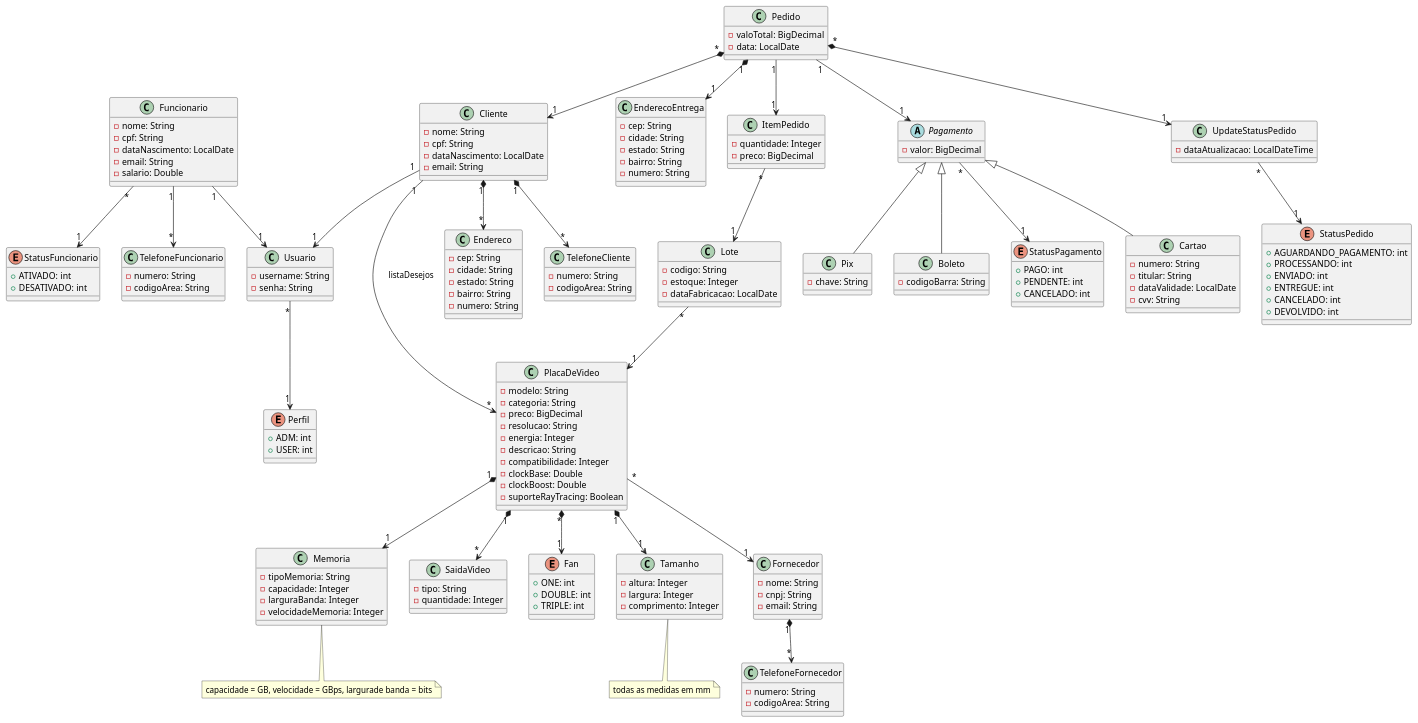
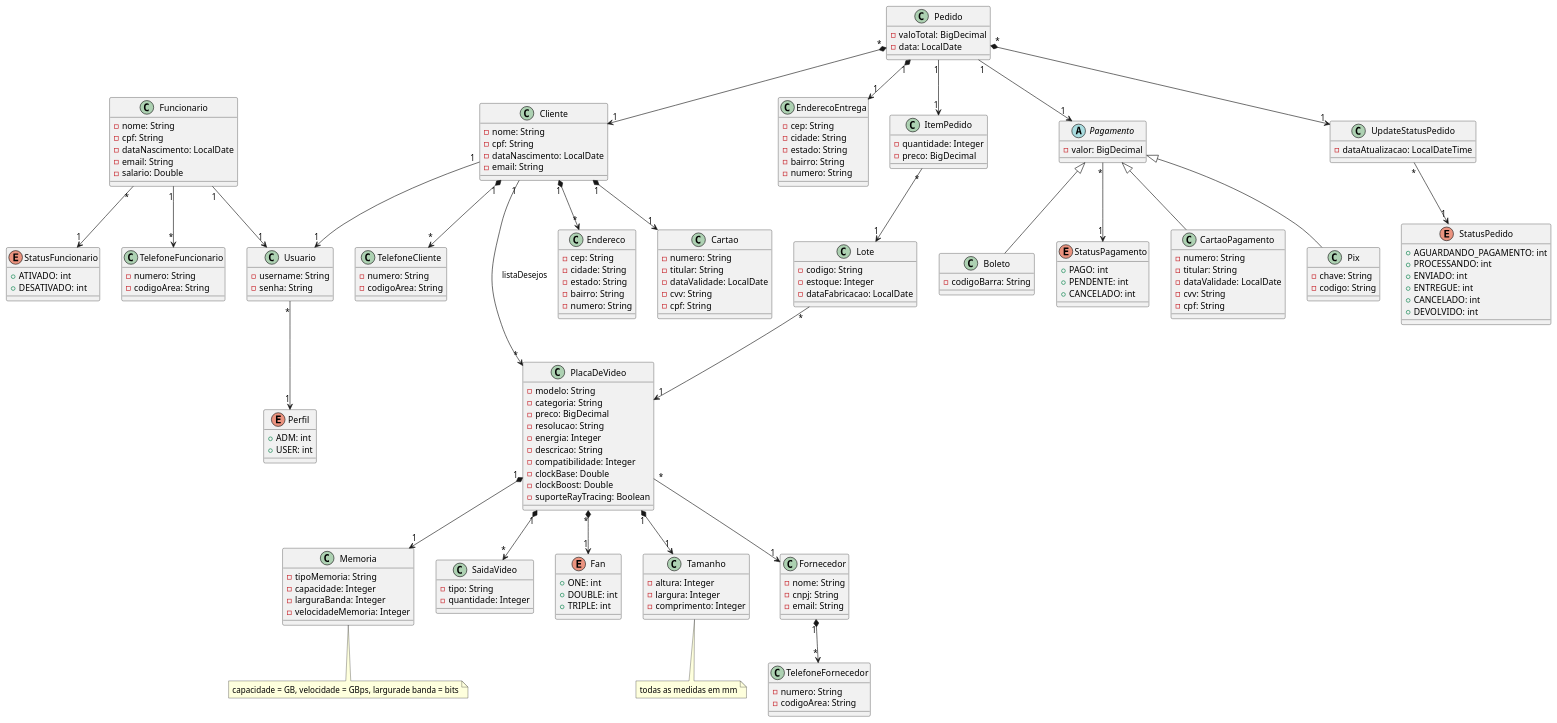
The diagram in src/main/resources/PlacaDeVideo.plantuml (aleksoncastro/placadevideo-tp1-quarkus), drawn with PlantUML before and after one commit. The commit also changed 104 other files, not shown here.

```diff
--- a/src/main/resources/PlacaDeVideo.plantuml
+++ b/src/main/resources/PlacaDeVideo.plantuml
@@ -81,15 +81,25 @@
     - data: LocalDate
 }
 
-class Cartao extends Pagamento{
+class CartaoPagamento extends Pagamento{
     - numero: String
     - titular: String
     - dataValidade: LocalDate
     - cvv: String
+    - cpf: String
+}
+
+class Cartao{
+    - numero: String
+    - titular: String
+    - dataValidade: LocalDate
+    - cvv: String
+    - cpf: String
 }
 
 class Pix extends Pagamento{
     - chave: String
+    - codigo: String
 }
 
 class Boleto extends Pagamento  {
@@ -176,6 +186,7 @@
 Cliente "1" --> "*" PlacaDeVideo : listaDesejos
 Cliente "1" *--> "*" TelefoneCliente
 Cliente "1" --> "1" Usuario
+Cliente "1"*--> "1" Cartao
 
 Usuario "*" --> "1" Perfil
 
```
